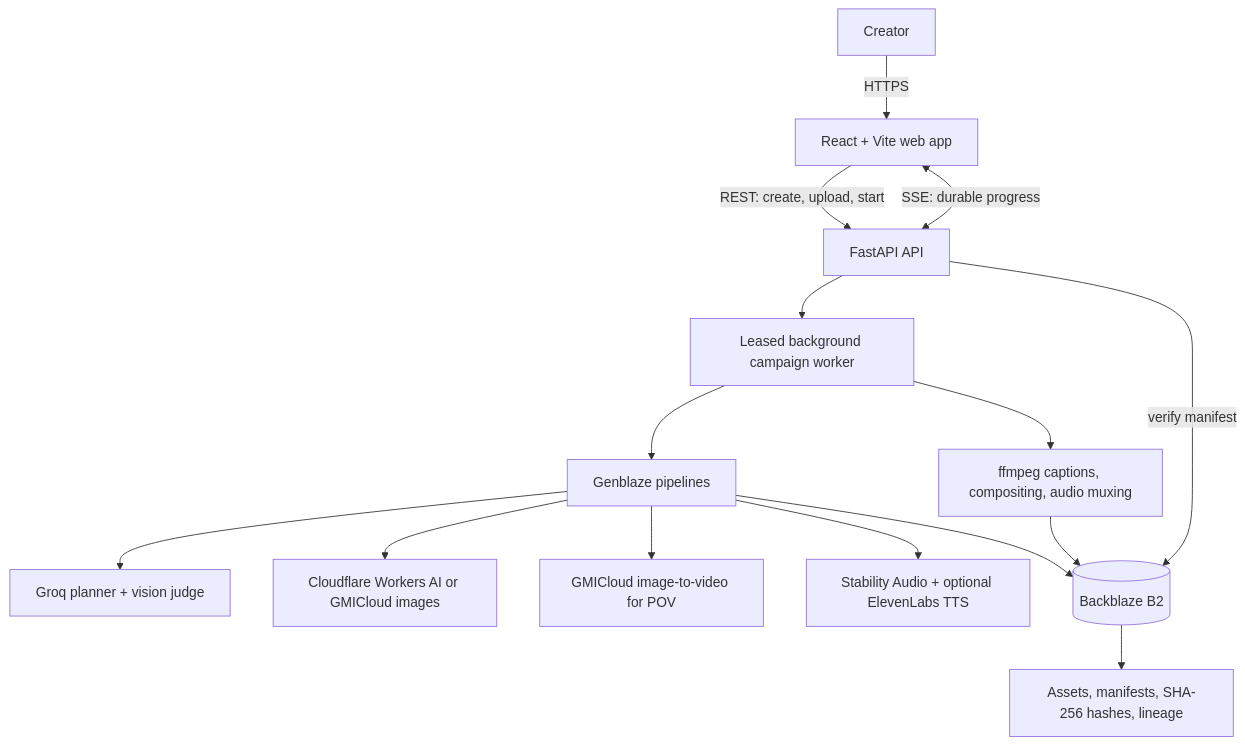
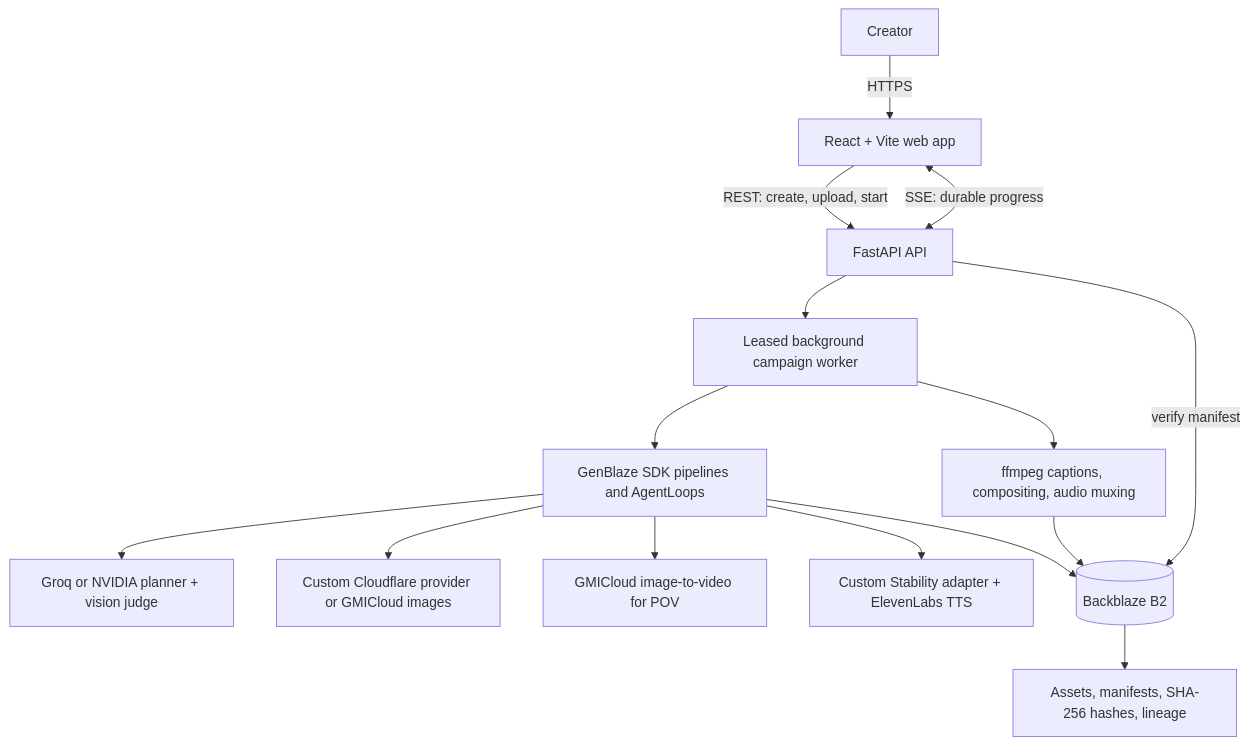
Before and after one commit to Abbas-Dev-786/ReelProof: the second of 3 diagrams in README.md, drawn with Mermaid. The commit also changed other lines of this file, not shown here.

Commit message:
docs: update README to document GenBlaze SDK architecture, provider extensions, and integration workflow

````diff
--- a/README.md
+++ b/README.md
@@ -60,17 +60,17 @@
 ```mermaid
 flowchart TB
     U[Creator] -->|HTTPS| W[React + Vite web app]
     W -->|REST: create, upload, start| A[FastAPI API]
     W <-->|SSE: durable progress| A
     A --> Q[Leased background campaign worker]
-    Q --> G[Genblaze pipelines]
-    G --> L[Groq planner + vision judge]
-    G --> I[Cloudflare Workers AI or GMICloud images]
+    Q --> G[GenBlaze SDK pipelines and AgentLoops]
+    G --> L[Groq or NVIDIA planner + vision judge]
+    G --> I[Custom Cloudflare provider or GMICloud images]
     G --> V[GMICloud image-to-video for POV]
-    G --> AU[Stability Audio + optional ElevenLabs TTS]
+    G --> AU[Custom Stability adapter + ElevenLabs TTS]
     Q --> F[ffmpeg captions, compositing, audio muxing]
     G --> B[(Backblaze B2)]
     F --> B
     B --> M[Assets, manifests, SHA-256 hashes, lineage]
     A -->|verify manifest| B
 ```
````
